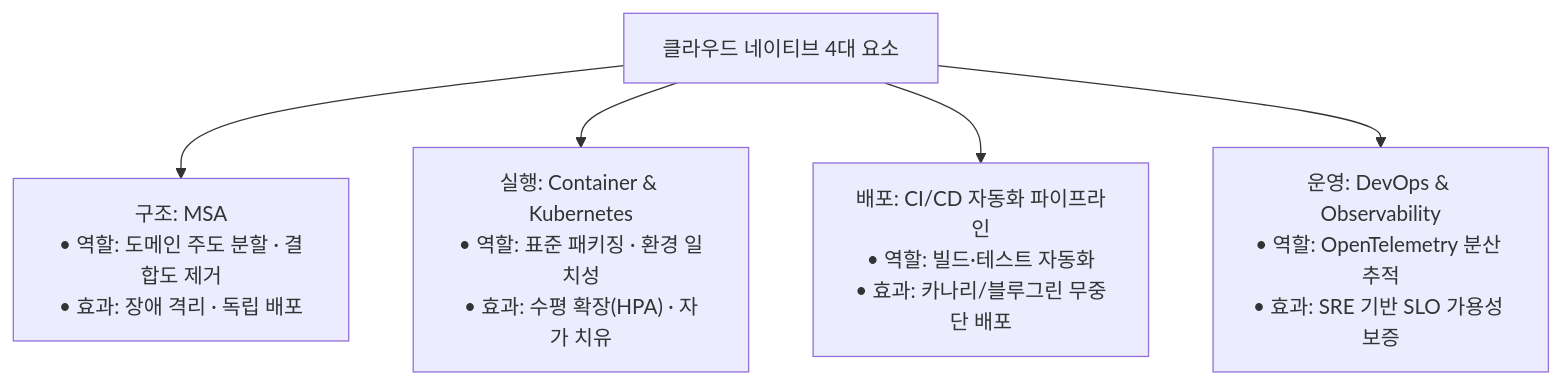
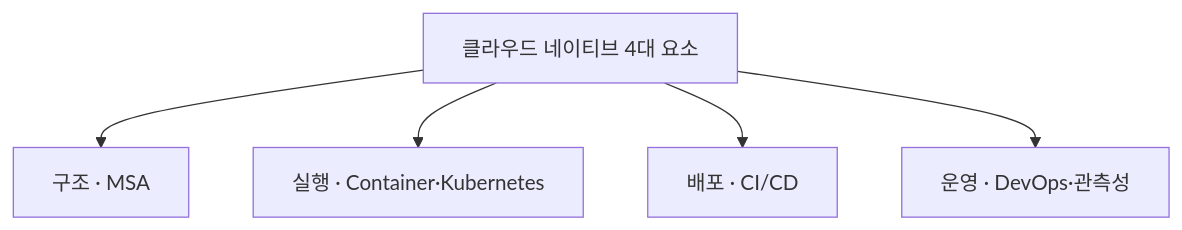
The second of 3 diagrams in src/content/docs/notes/itpe/01-it-strategy/021_public_cloud_native_transition.md (agnusdei1207/study), drawn with Mermaid before and after one commit. The commit also changed other lines of this file and 19 other files, not shown here.

````diff
--- a/src/content/docs/notes/itpe/01-it-strategy/021_public_cloud_native_transition.md
+++ b/src/content/docs/notes/itpe/01-it-strategy/021_public_cloud_native_transition.md
@@ -73,9 +75,8 @@
 ```mermaid
 flowchart TD
     ROOT["클라우드 네이티브 4대 요소"]
-
-    ROOT --> MSA["구조: MSA<br/>• 역할: 도메인 주도 분할 · 결합도 제거<br/>• 효과: 장애 격리 · 독립 배포"]
-    ROOT --> CONT["실행: Container & Kubernetes<br/>• 역할: 표준 패키징 · 환경 일치성<br/>• 효과: 수평 확장(HPA) · 자가 치유"]
-    ROOT --> CICD["배포: CI/CD 자동화 파이프라인<br/>• 역할: 빌드·테스트 자동화<br/>• 효과: 카나리/블루그린 무중단 배포"]
-    ROOT --> OBS["운영: DevOps & Observability<br/>• 역할: OpenTelemetry 분산 추적<br/>• 효과: SRE 기반 SLO 가용성 보증"]
+    ROOT --> MSA["구조 · MSA"]
+    ROOT --> CONT["실행 · Container·Kubernetes"]
+    ROOT --> CICD["배포 · CI/CD"]
+    ROOT --> OBS["운영 · DevOps·관측성"]
 ```
````
